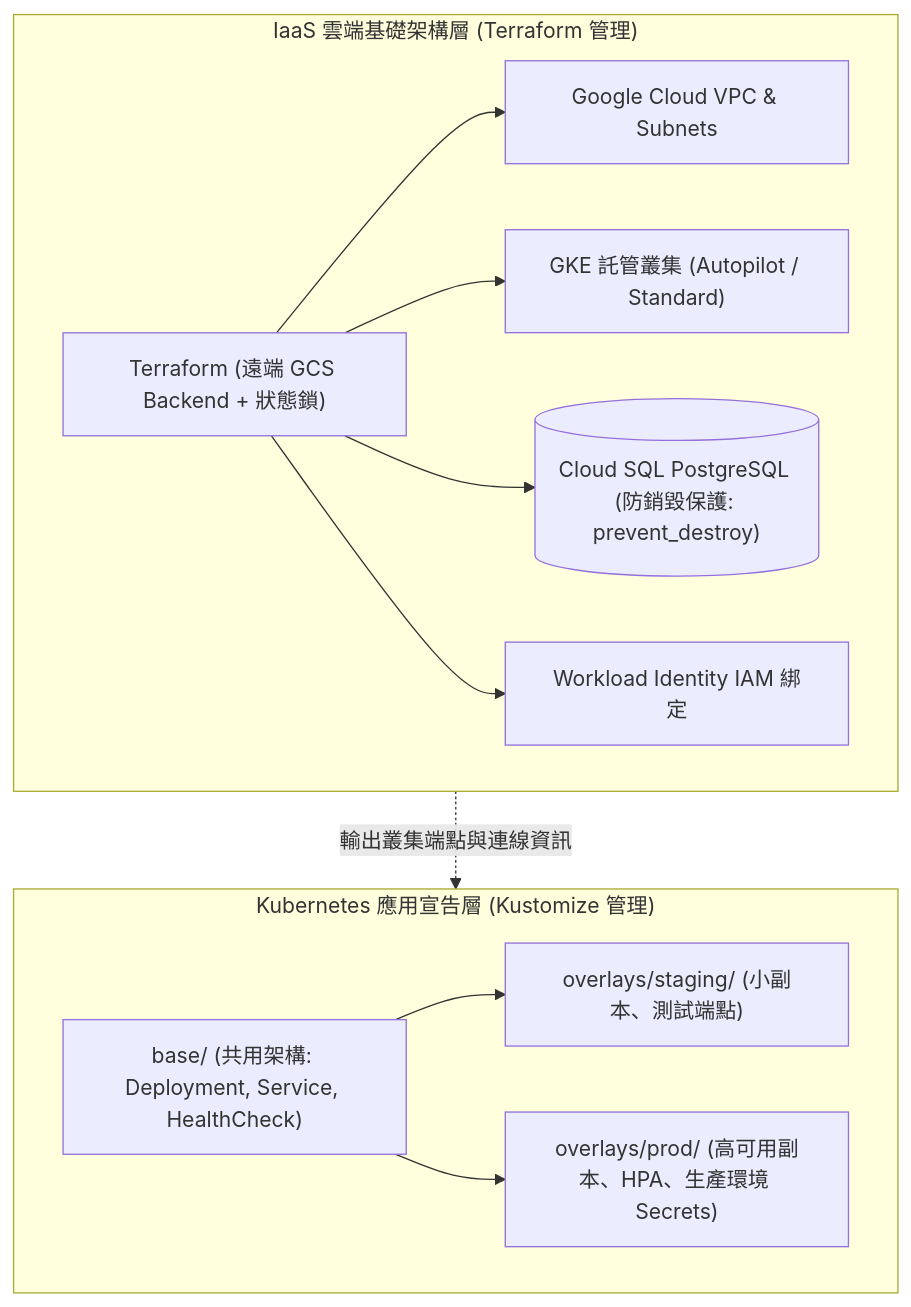
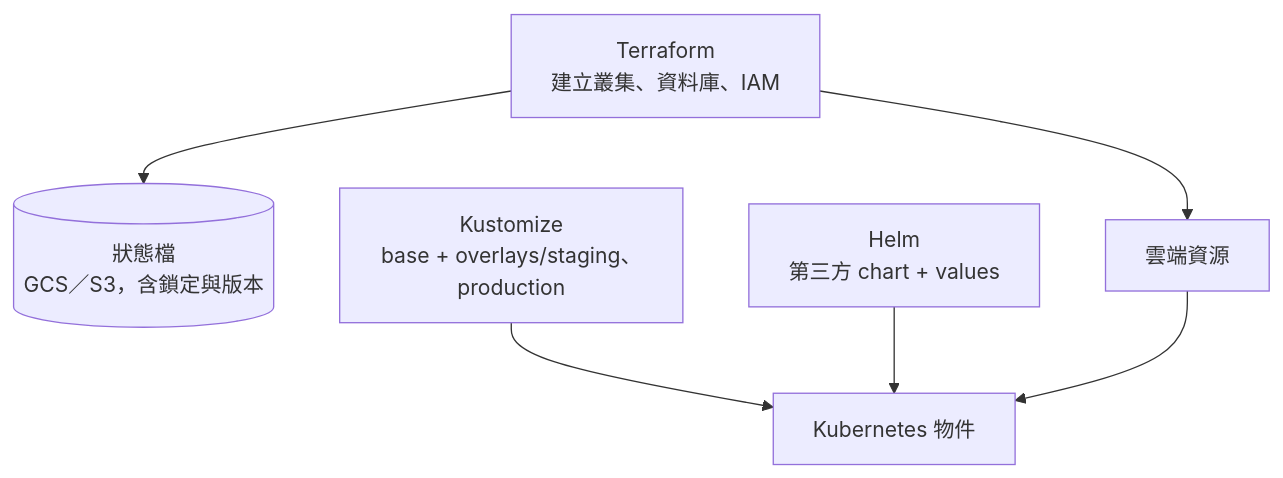
One commit to RayLiu1999/Wiki changed the diagram in src/content/docs/engineering/iac.md. Above: the diagram before and after it, drawn with Mermaid. The commit also changed other lines of this file and 7 other files, not shown here.

````diff
--- a/src/content/docs/engineering/iac.md
+++ b/src/content/docs/engineering/iac.md
@@ -28,18 +45,8 @@
 ```mermaid
-flowchart TD
-    subgraph IaaS["IaaS 雲端基礎架構層 (Terraform 管理)"]
-        TF["Terraform (遠端 GCS Backend + 狀態鎖)"]
-        TF --> VPC["Google Cloud VPC & Subnets"]
-        TF --> GKE["GKE 託管叢集 (Autopilot / Standard)"]
-        TF --> DB[("Cloud SQL PostgreSQL (防銷毀保護: prevent_destroy)")]
-        TF --> IAM["Workload Identity IAM 綁定"]
-    end
-    
-    subgraph K8sApps["Kubernetes 應用宣告層 (Kustomize 管理)"]
-        Base["base/ (共用架構: Deployment, Service, HealthCheck)"]
-        Base --> OverlayStaging["overlays/staging/ (小副本、測試端點)"]
-        Base --> OverlayProd["overlays/prod/ (高可用副本、HPA、生產環境 Secrets)"]
-    end
-    
-    IaaS -.->|輸出叢集端點與連線資訊| K8sApps
+flowchart TB
+    TF["Terraform<br/>建立叢集、資料庫、IAM"] --> State[("狀態檔<br/>GCS／S3，含鎖定與版本")]
+    TF --> Cloud["雲端資源"]
+    Kustomize["Kustomize<br/>base + overlays/staging、production"] --> K8s["Kubernetes 物件"]
+    Helm["Helm<br/>第三方 chart + values"] --> K8s
+    Cloud --> K8s
 ```
````
